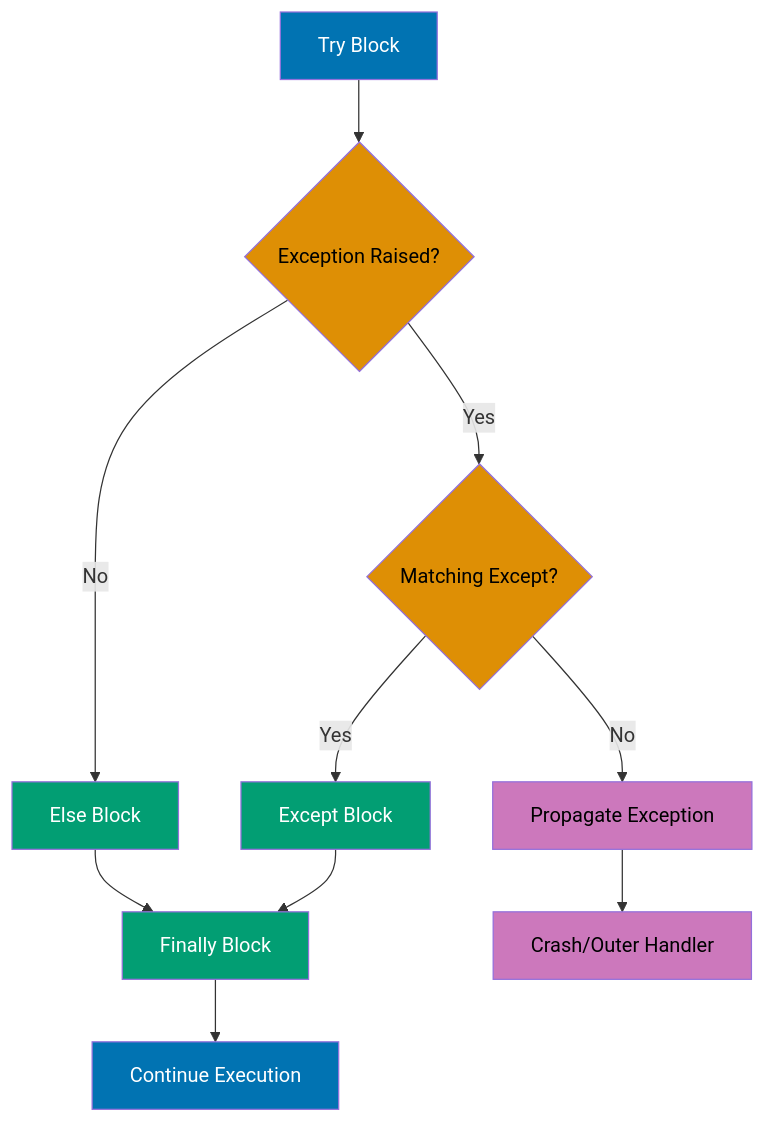
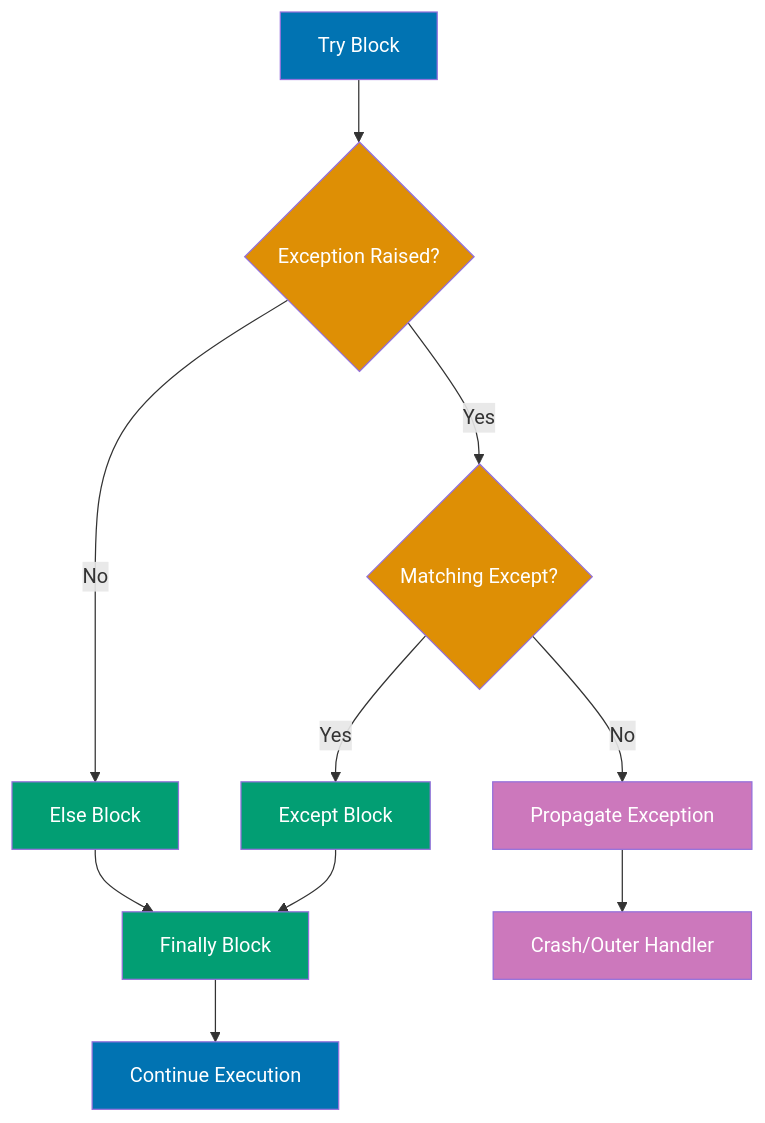
One commit to wahidyankf/open-sharia-enterprise changed the ninth of 11 diagrams in apps/ayokoding-web/content/en/learn/software-engineering/programming-languages/python/by-example/beginner.md. Above: the diagram before and after it, drawn with Mermaid. The commit also changed other lines of this file and 61 other files, not shown here.

First line of the commit message:
fix(ayokoding-web): quote Mermaid node labels with special characters in Example 63

````diff
--- a/apps/ayokoding-web/content/en/learn/software-engineering/programming-languages/python/by-example/beginner.md
+++ b/apps/ayokoding-web/content/en/learn/software-engineering/programming-languages/python/by-example/beginner.md
@@ -1869,23 +1869,23 @@
 ```mermaid
 %% Exception handling flow
 graph TD
     A[Try Block] --> B{Exception Raised?}
     B -->|No| C[Else Block]
     B -->|Yes| D{Matching Except?}
     D -->|Yes| E[Except Block]
     D -->|No| F[Propagate Exception]
     C --> G[Finally Block]
     E --> G
     F --> H[Crash/Outer Handler]
     G --> I[Continue Execution]
 
     style A fill:#0173B2,color:#fff
-    style B fill:#DE8F05,color:#000
+    style B fill:#DE8F05,color:#fff
     style C fill:#029E73,color:#fff
-    style D fill:#DE8F05,color:#000
+    style D fill:#DE8F05,color:#fff
     style E fill:#029E73,color:#fff
-    style F fill:#CC78BC,color:#000
+    style F fill:#CC78BC,color:#fff
     style G fill:#029E73,color:#fff
-    style H fill:#CC78BC,color:#000
+    style H fill:#CC78BC,color:#fff
     style I fill:#0173B2,color:#fff
 ```
````
